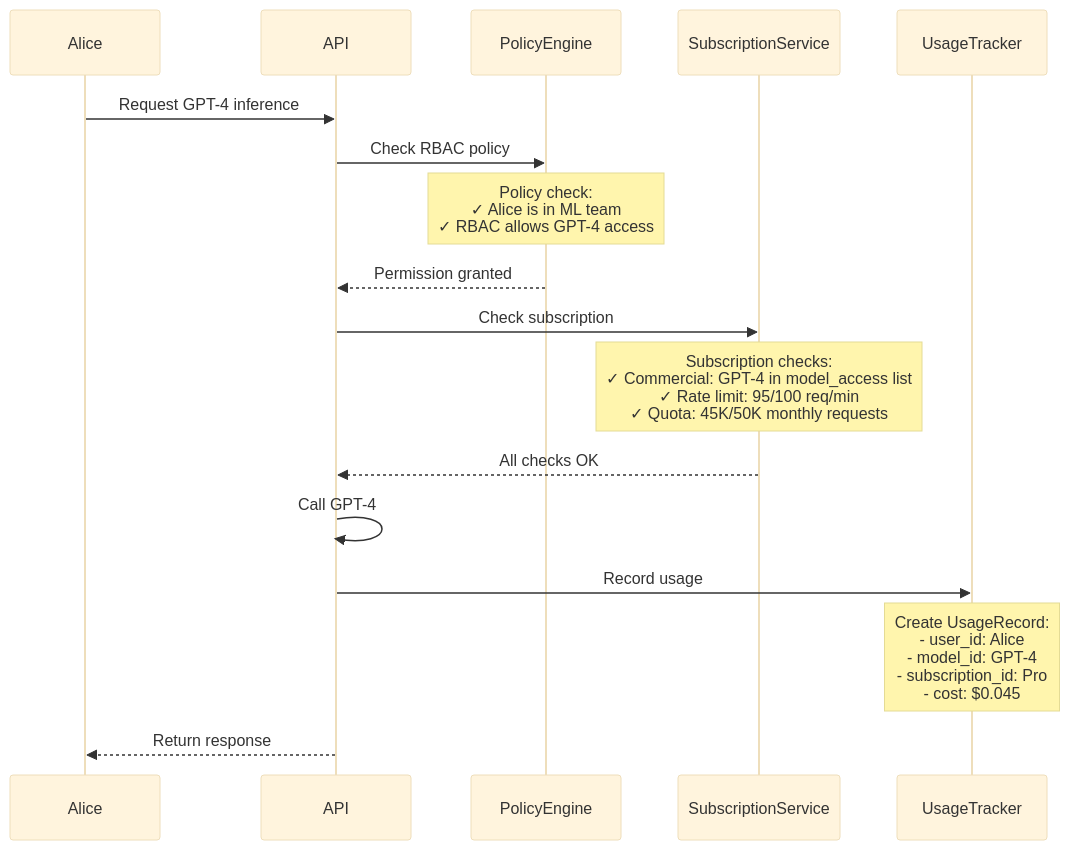
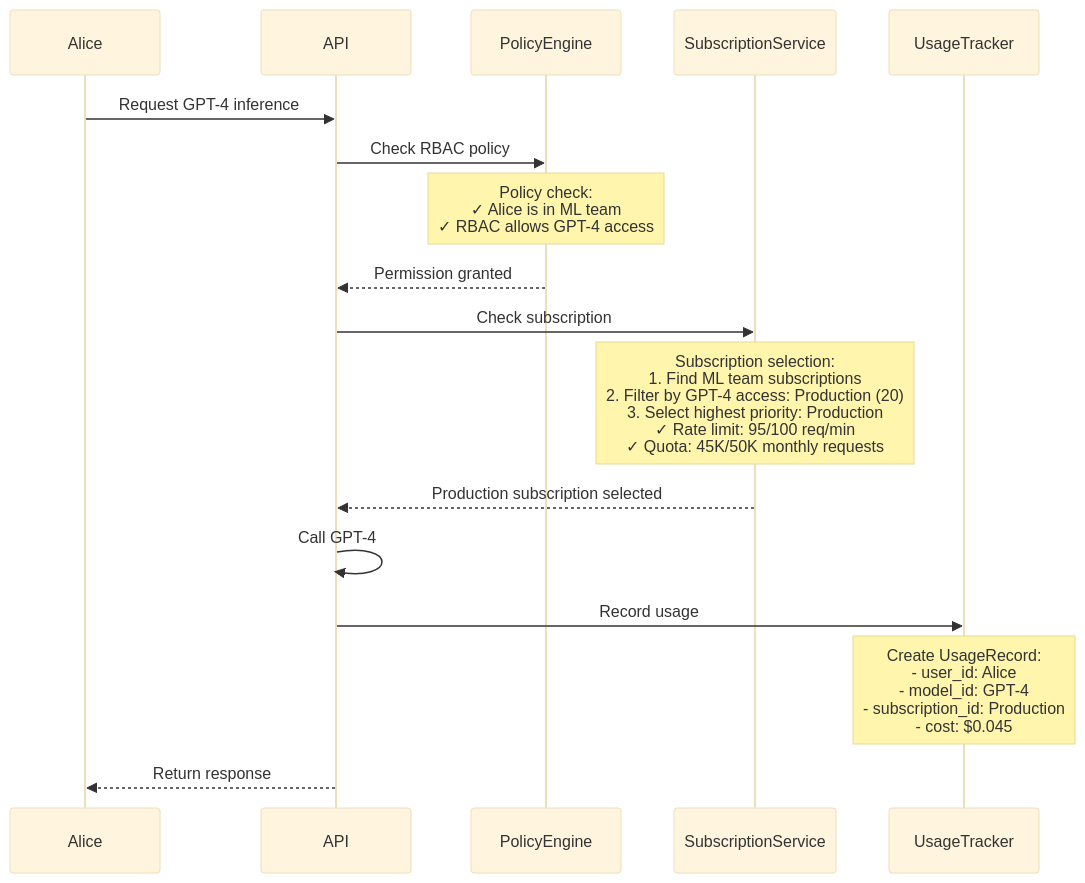
One commit to opendatahub-io/maas-billing changed the second of 2 diagrams in docs/proposals/maas-entity-architecture.md. Above: the diagram before and after it, drawn with Mermaid (base theme). The commit also changed other lines of this file, not shown here.

Commit message:
updated diagram based on comments

````diff
--- a/docs/proposals/maas-entity-architecture.md
+++ b/docs/proposals/maas-entity-architecture.md
@@ -440,22 +489,22 @@
 ```mermaid
 sequenceDiagram
     participant Alice
     participant API
     participant PolicyEngine
     participant SubscriptionService
     participant UsageTracker
     
     Alice->>API: Request GPT-4 inference
     API->>PolicyEngine: Check RBAC policy
     Note over PolicyEngine: Policy check:<br/>✓ Alice is in ML team<br/>✓ RBAC allows GPT-4 access
     PolicyEngine-->>API: Permission granted
     
     API->>SubscriptionService: Check subscription
-    Note over SubscriptionService: Subscription checks:<br/>✓ Commercial: GPT-4 in model_access list<br/>✓ Rate limit: 95/100 req/min<br/>✓ Quota: 45K/50K monthly requests
-    SubscriptionService-->>API: All checks OK
+    Note over SubscriptionService: Subscription selection:<br/>1. Find ML team subscriptions<br/>2. Filter by GPT-4 access: Production (20)<br/>3. Select highest priority: Production<br/>✓ Rate limit: 95/100 req/min<br/>✓ Quota: 45K/50K monthly requests
+    SubscriptionService-->>API: Production subscription selected
     
     API->>API: Call GPT-4
     API->>UsageTracker: Record usage
-    Note over UsageTracker: Create UsageRecord:<br/>- user_id: Alice<br/>- model_id: GPT-4<br/>- subscription_id: Pro<br/>- cost: $0.045
+    Note over UsageTracker: Create UsageRecord:<br/>- user_id: Alice<br/>- model_id: GPT-4<br/>- subscription_id: Production<br/>- cost: $0.045
     API-->>Alice: Return response
 ```
````
